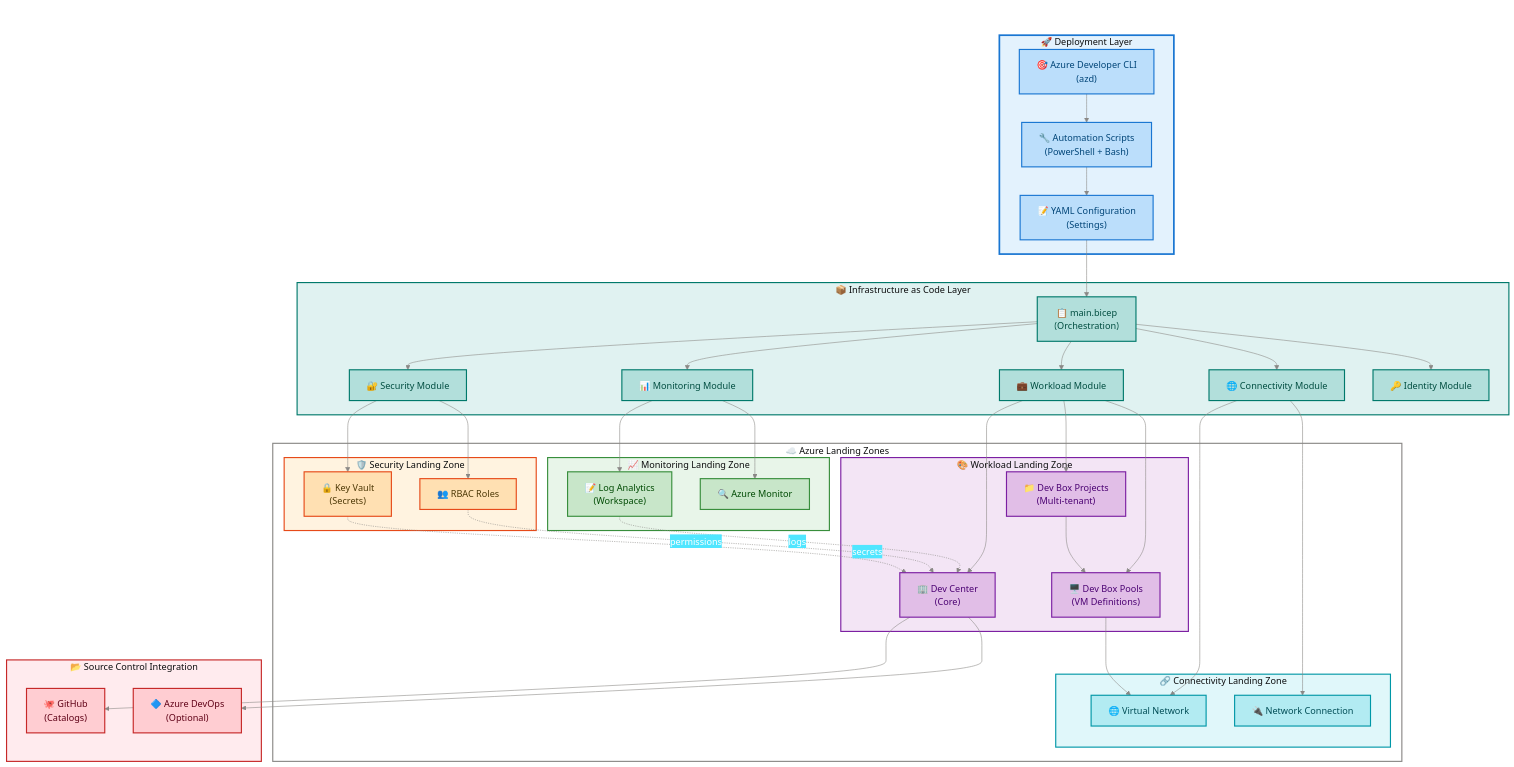
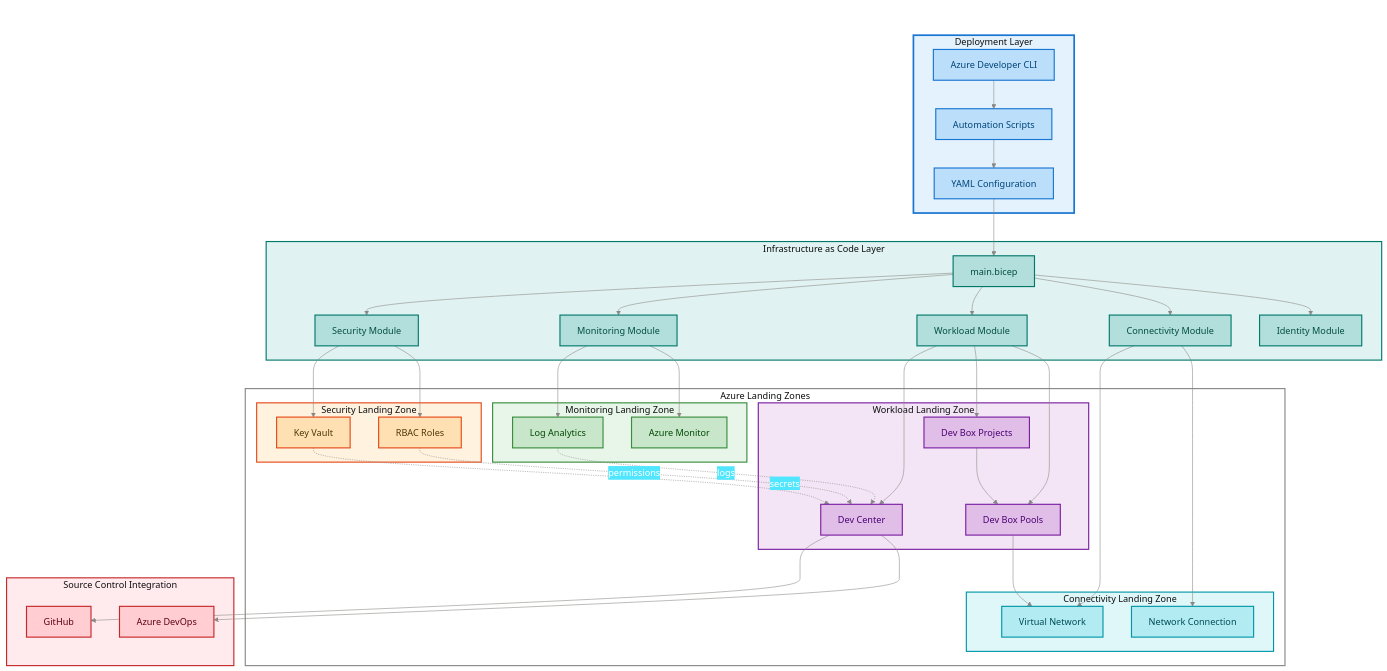
One commit to Evilazaro/DevExp-DevBox changed the diagram in README.md. Above: the diagram before and after it, drawn with Mermaid.

Commit message:
refactor: simplify flowchart labels and improve readability in README.md

```diff
--- a/README.md
+++ b/README.md
@@ -79,47 +79,47 @@
     accTitle: Azure Dev Box Deployment Architecture
     accDescr: Enterprise-grade infrastructure deployment showing Azure Landing Zone layers with deployment orchestration, IaC modules, security, monitoring, workload, connectivity, and source control integration
 
-    subgraph deployment["🚀 Deployment Layer"]
-        azd["🎯 Azure Developer CLI<br/>(azd)"]:::azureBlue
-        scripts["🔧 Automation Scripts<br/>(PowerShell + Bash)"]:::azureBlue
-        config["📝 YAML Configuration<br/>(Settings)"]:::azureBlue
+    subgraph deployment["Deployment Layer"]
+        azd["Azure Developer CLI"]:::azureBlue
+        scripts["Automation Scripts"]:::azureBlue
+        config["YAML Configuration"]:::azureBlue
     end
 
-    subgraph iac["📦 Infrastructure as Code Layer"]
-        main["📋 main.bicep<br/>(Orchestration)"]:::azureTeal
-        security["🔐 Security Module"]:::azureTeal
-        monitoring["📊 Monitoring Module"]:::azureTeal
-        workload["💼 Workload Module"]:::azureTeal
-        connectivity["🌐 Connectivity Module"]:::azureTeal
-        identity["🔑 Identity Module"]:::azureTeal
+    subgraph iac["Infrastructure as Code Layer"]
+        main["main.bicep"]:::azureTeal
+        security["Security Module"]:::azureTeal
+        monitoring["Monitoring Module"]:::azureTeal
+        workload["Workload Module"]:::azureTeal
+        connectivity["Connectivity Module"]:::azureTeal
+        identity["Identity Module"]:::azureTeal
     end
 
-    subgraph azure["☁️ Azure Landing Zones"]
-        subgraph securityLZ["🛡️ Security Landing Zone"]
-            kv["🔒 Key Vault<br/>(Secrets)"]:::warningOrange
-            rbac["👥 RBAC Roles"]:::warningOrange
+    subgraph azure["Azure Landing Zones"]
+        subgraph securityLZ["Security Landing Zone"]
+            kv["Key Vault"]:::warningOrange
+            rbac["RBAC Roles"]:::warningOrange
         end
 
-        subgraph monitoringLZ["📈 Monitoring Landing Zone"]
-            la["📝 Log Analytics<br/>(Workspace)"]:::successGreen
-            monitor["🔍 Azure Monitor"]:::successGreen
+        subgraph monitoringLZ["Monitoring Landing Zone"]
+            la["Log Analytics"]:::successGreen
+            monitor["Azure Monitor"]:::successGreen
         end
 
-        subgraph workloadLZ["🎨 Workload Landing Zone"]
-            dc["🏢 Dev Center<br/>(Core)"]:::azurePurple
-            projects["📁 Dev Box Projects<br/>(Multi-tenant)"]:::azurePurple
-            pools["🖥️ Dev Box Pools<br/>(VM Definitions)"]:::azurePurple
+        subgraph workloadLZ["Workload Landing Zone"]
+            dc["Dev Center"]:::azurePurple
+            projects["Dev Box Projects"]:::azurePurple
+            pools["Dev Box Pools"]:::azurePurple
         end
 
-        subgraph connectivityLZ["🔗 Connectivity Landing Zone"]
-            vnet["🌐 Virtual Network"]:::azureCyan
-            nc["🔌 Network Connection"]:::azureCyan
+        subgraph connectivityLZ["Connectivity Landing Zone"]
+            vnet["Virtual Network"]:::azureCyan
+            nc["Network Connection"]:::azureCyan
         end
     end
 
-    subgraph sourceControl["📂 Source Control Integration"]
-        gh["🐙 GitHub<br/>(Catalogs)"]:::criticalRed
-        ado["🔷 Azure DevOps<br/>(Optional)"]:::criticalRed
+    subgraph sourceControl["Source Control Integration"]
+        gh["GitHub"]:::criticalRed
+        ado["Azure DevOps"]:::criticalRed
     end
 
     azd --> scripts
```
